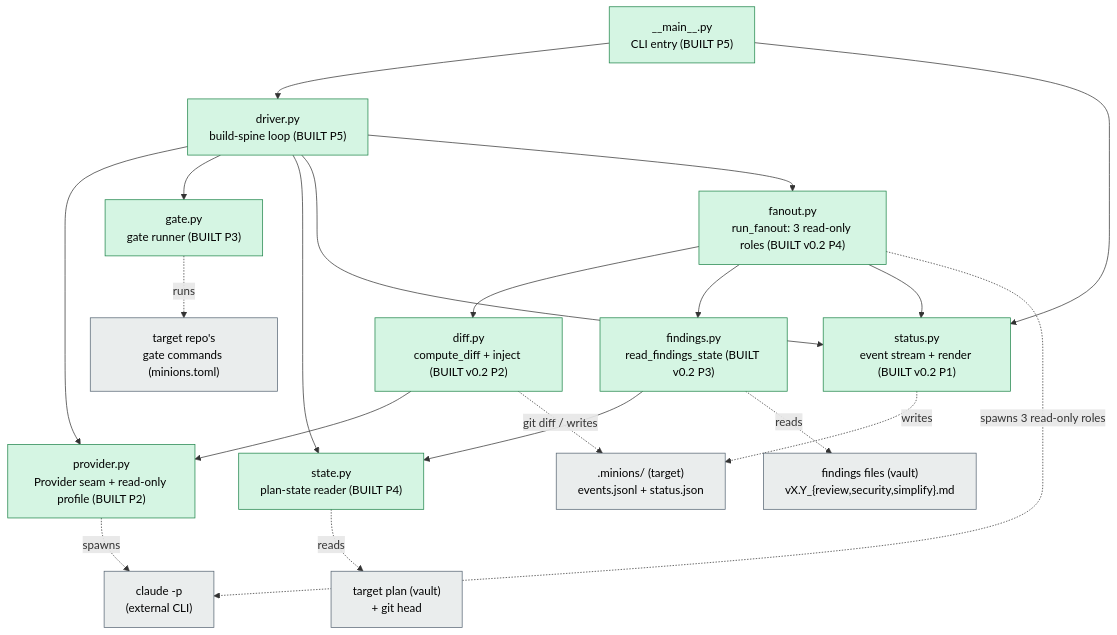
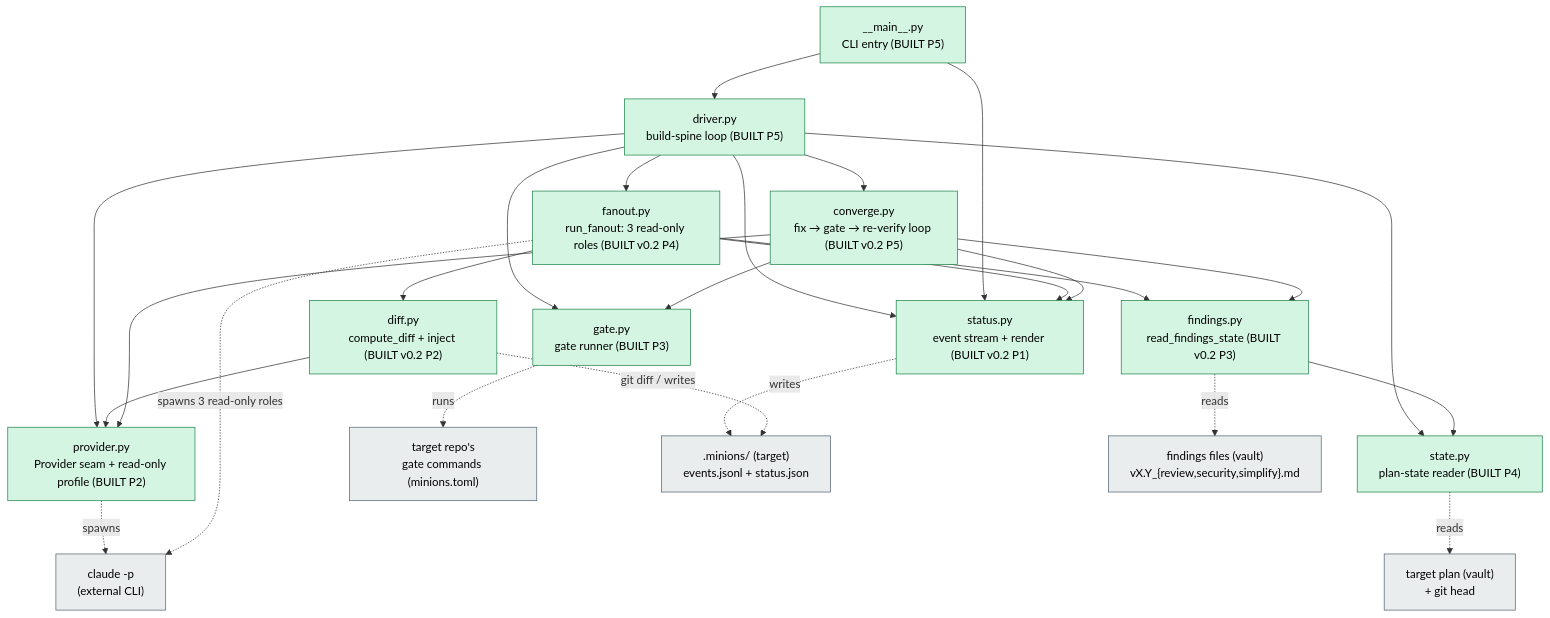
Before and after one commit to alxb1t/minionsfactory: the diagram in docs/architecture.md, drawn with Mermaid. The commit also changed other lines of this file and 7 other files, not shown here.

First line of the commit message:
feat: add the converge loop (fix → gate → scoped re-verify)

````diff
--- a/docs/architecture.md
+++ b/docs/architecture.md
@@ -58,37 +59,43 @@
 ```mermaid
 graph TD
     main["__main__.py<br/>CLI entry (BUILT P5)"]:::built
     driver["driver.py<br/>build-spine loop (BUILT P5)"]:::built
     state["state.py<br/>plan-state reader (BUILT P4)"]:::built
     gate["gate.py<br/>gate runner (BUILT P3)"]:::built
     provider["provider.py<br/>Provider seam + read-only profile (BUILT P2)"]:::built
     status["status.py<br/>event stream + render (BUILT v0.2 P1)"]:::built
     diff["diff.py<br/>compute_diff + inject (BUILT v0.2 P2)"]:::built
     findings["findings.py<br/>read_findings_state (BUILT v0.2 P3)"]:::built
     fanout["fanout.py<br/>run_fanout: 3 read-only roles (BUILT v0.2 P4)"]:::built
+    converge["converge.py<br/>fix → gate → re-verify loop (BUILT v0.2 P5)"]:::built
 
     main --> driver
     driver --> provider
     driver --> gate
     driver --> state
     driver --> status
     driver --> fanout
+    driver --> converge
     main --> status
     diff --> provider
     findings --> state
     fanout --> diff
     fanout --> findings
     fanout --> status
+    converge --> findings
+    converge --> gate
+    converge --> provider
+    converge --> status
 
     provider -. spawns .-> claude["claude -p<br/>(external CLI)"]:::external
     gate -. runs .-> targetgate["target repo's<br/>gate commands (minions.toml)"]:::external
     state -. reads .-> disk["target plan (vault)<br/>+ git head"]:::external
     status -. writes .-> minions[".minions/ (target)<br/>events.jsonl + status.json"]:::external
     diff -. git diff / writes .-> minions
     findings -. reads .-> ff["findings files (vault)<br/>vX.Y_{review,security,simplify}.md"]:::external
     fanout -. spawns 3 read-only roles .-> claude
 
     classDef built fill:#d5f5e3,stroke:#1e8449,color:#000;
     classDef planned fill:#fdebd0,stroke:#b9770e,color:#000,stroke-dasharray: 4 3;
     classDef external fill:#eaeded,stroke:#566573,color:#000;
 ```
````
